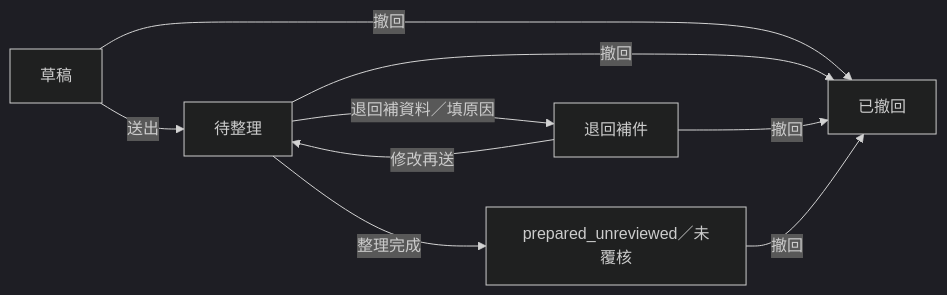
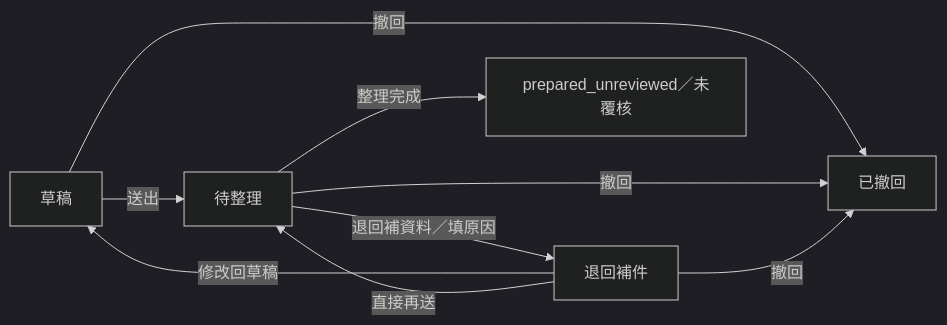
Before and after one commit to mars-tw/freedom-erp-crm: the diagram in docs/administration.md, drawn with Mermaid (dark theme). The commit also changed other lines of this file and 31 other files, not shown here.

````diff
--- a/docs/administration.md
+++ b/docs/administration.md
@@ -43,11 +66,11 @@
 ```mermaid
 flowchart LR
   D[草稿] -->|送出| S[待整理]
   S -->|退回補資料／填原因| R[退回補件]
-  R -->|修改再送| S
+  R -->|修改回草稿| D
+  R -->|直接再送| S
   S -->|整理完成| P[prepared_unreviewed／未覆核]
   D -->|撤回| W[已撤回]
   S -->|撤回| W
   R -->|撤回| W
-  P -->|撤回| W
 ```
````
